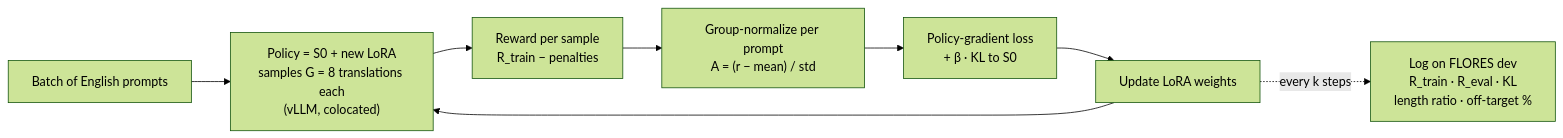
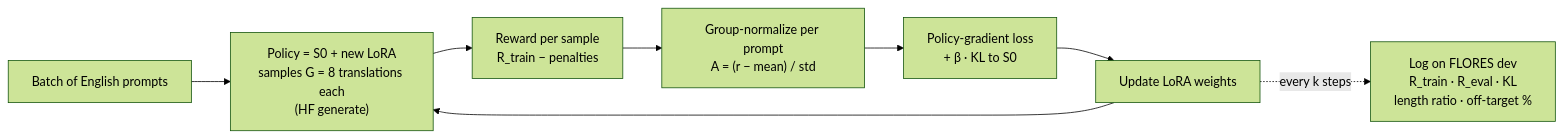
One commit to guohere/machine-translation-with-RLHF changed the second of 2 diagrams in docs/workflow.md. Above: the diagram before and after it, drawn with Mermaid (forest theme). The commit also changed other lines of this file and 17 other files, not shown here.

````diff
--- a/docs/workflow.md
+++ b/docs/workflow.md
@@ -213,10 +213,10 @@
 ```mermaid
 flowchart LR
-    P["Batch of English prompts"] --> G["Policy = S0 + new LoRA<br/>samples G = 8 translations each<br/>(vLLM, colocated)"]
+    P["Batch of English prompts"] --> G["Policy = S0 + new LoRA<br/>samples G = 8 translations each<br/>(HF generate)"]
     G --> R["Reward per sample<br/>R_train − penalties"]
     R --> A["Group-normalize per prompt<br/>A = (r − mean) / std"]
     A --> L["Policy-gradient loss<br/>+ β · KL to S0"]
     L --> U["Update LoRA weights"]
     U --> G
     U -.->|every k steps| D["Log on FLORES dev<br/>R_train · R_eval · KL<br/>length ratio · off-target %"]
 ```
````
